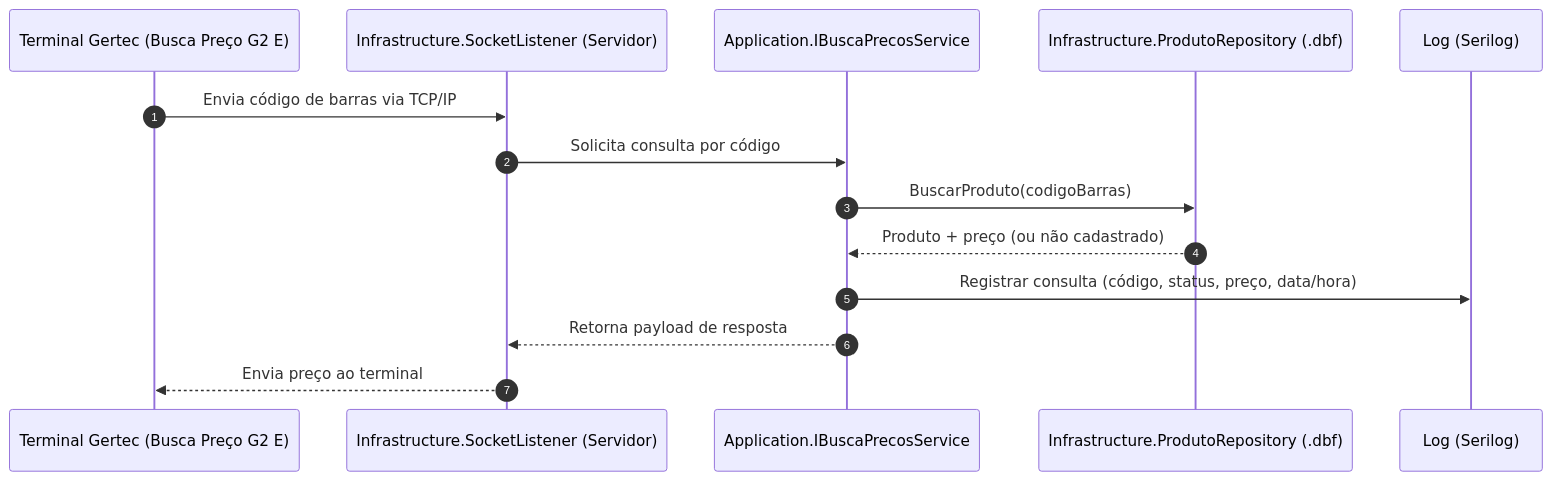
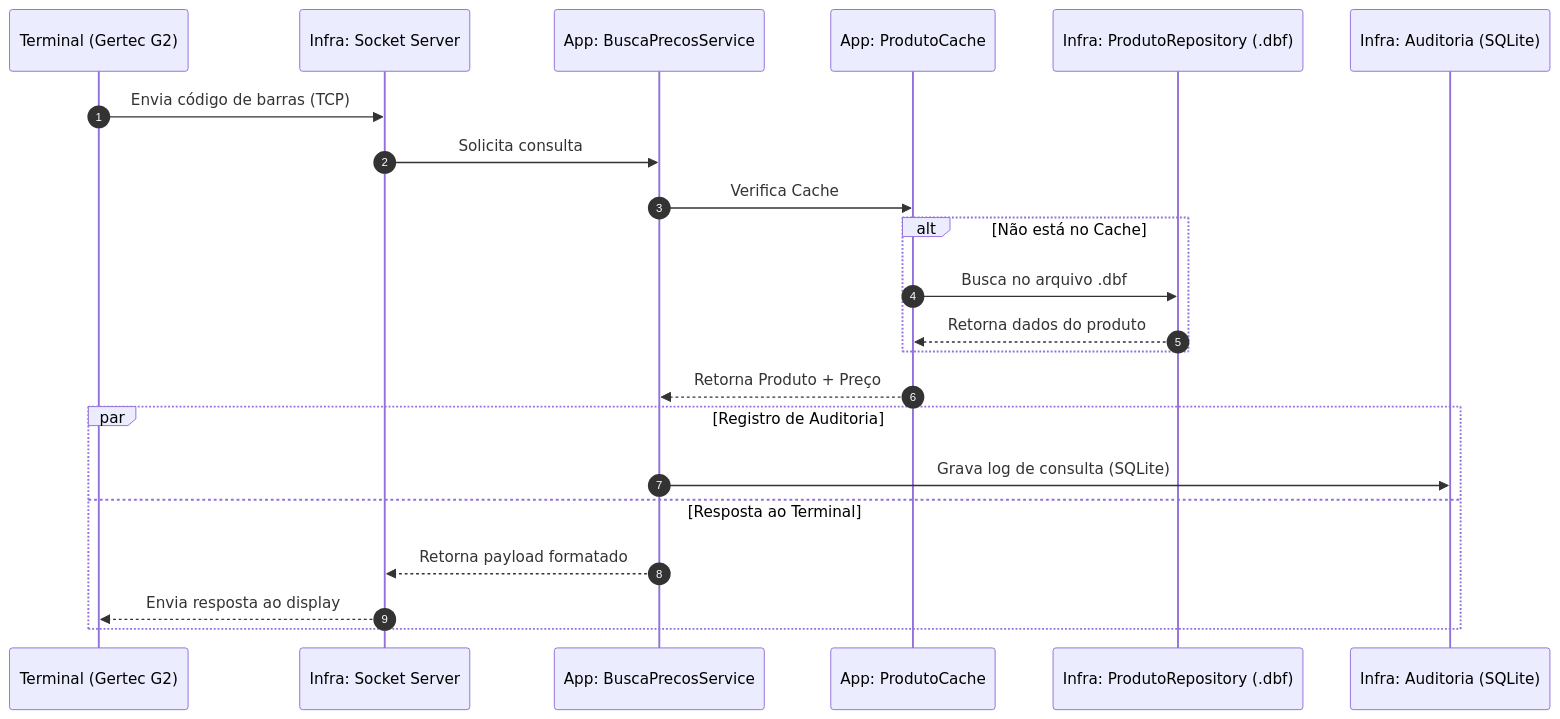
Before and after one commit to saulooliveira/mpm-app-busca-preco: the diagram in README.md, drawn with Mermaid. The commit also changed other lines of this file, not shown here.

Commit message:
docs: atualizar README.md com nova estrutura e diagramas

````diff
--- a/README.md
+++ b/README.md
@@ -46,17 +44,25 @@
 ```mermaid
 sequenceDiagram
     autonumber
-    participant T as Terminal Gertec (Busca Preço G2 E)
-    participant S as Infrastructure.SocketListener (Servidor)
-    participant A as Application.IBuscaPrecosService
-    participant R as Infrastructure.ProdutoRepository (.dbf)
-    participant L as Log (Serilog)
+    participant T as Terminal (Gertec G2)
+    participant S as Infra: Socket Server
+    participant A as App: BuscaPrecosService
+    participant C as App: ProdutoCache
+    participant R as Infra: ProdutoRepository (.dbf)
+    participant DB as Infra: Auditoria (SQLite)
 
-    T->>S: Envia código de barras via TCP/IP
-    S->>A: Solicita consulta por código
-    A->>R: BuscarProduto(codigoBarras)
-    R-->>A: Produto + preço (ou não cadastrado)
-    A->>L: Registrar consulta (código, status, preço, data/hora)
-    A-->>S: Retorna payload de resposta
-    S-->>T: Envia preço ao terminal
+    T->>S: Envia código de barras (TCP)
+    S->>A: Solicita consulta
+    A->>C: Verifica Cache
+    alt Não está no Cache
+        C->>R: Busca no arquivo .dbf
+        R-->>C: Retorna dados do produto
+    end
+    C-->>A: Retorna Produto + Preço
+    par Registro de Auditoria
+        A->>DB: Grava log de consulta (SQLite)
+    and Resposta ao Terminal
+        A-->>S: Retorna payload formatado
+        S-->>T: Envia resposta ao display
+    end
 ```
````
